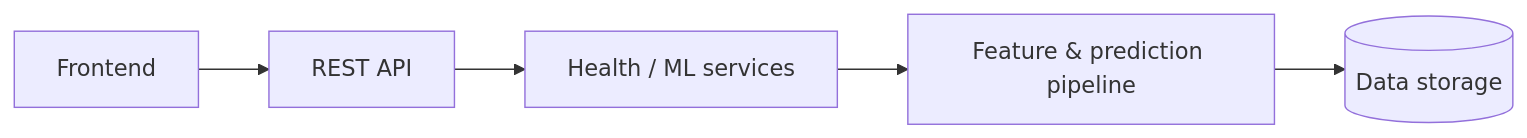
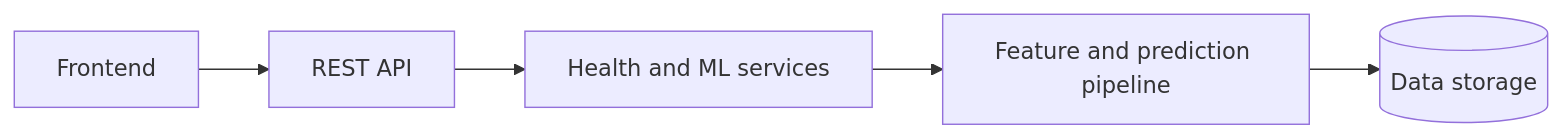
The fourth of 6 diagrams in README.md (gnanendra0305/Repository-Intelligence-Platform), drawn with Mermaid before and after one commit. The commit also changed other lines of this file, not shown here.

````diff
--- a/README.md
+++ b/README.md
@@ -648,7 +515,7 @@
 ```mermaid
 flowchart LR
     A[Frontend] --> B[REST API]
-    B --> C[Health / ML services]
-    C --> D[Feature & prediction pipeline]
+    B --> C[Health and ML services]
+    C --> D[Feature and prediction pipeline]
     D --> E[(Data storage)]
 ```
````
